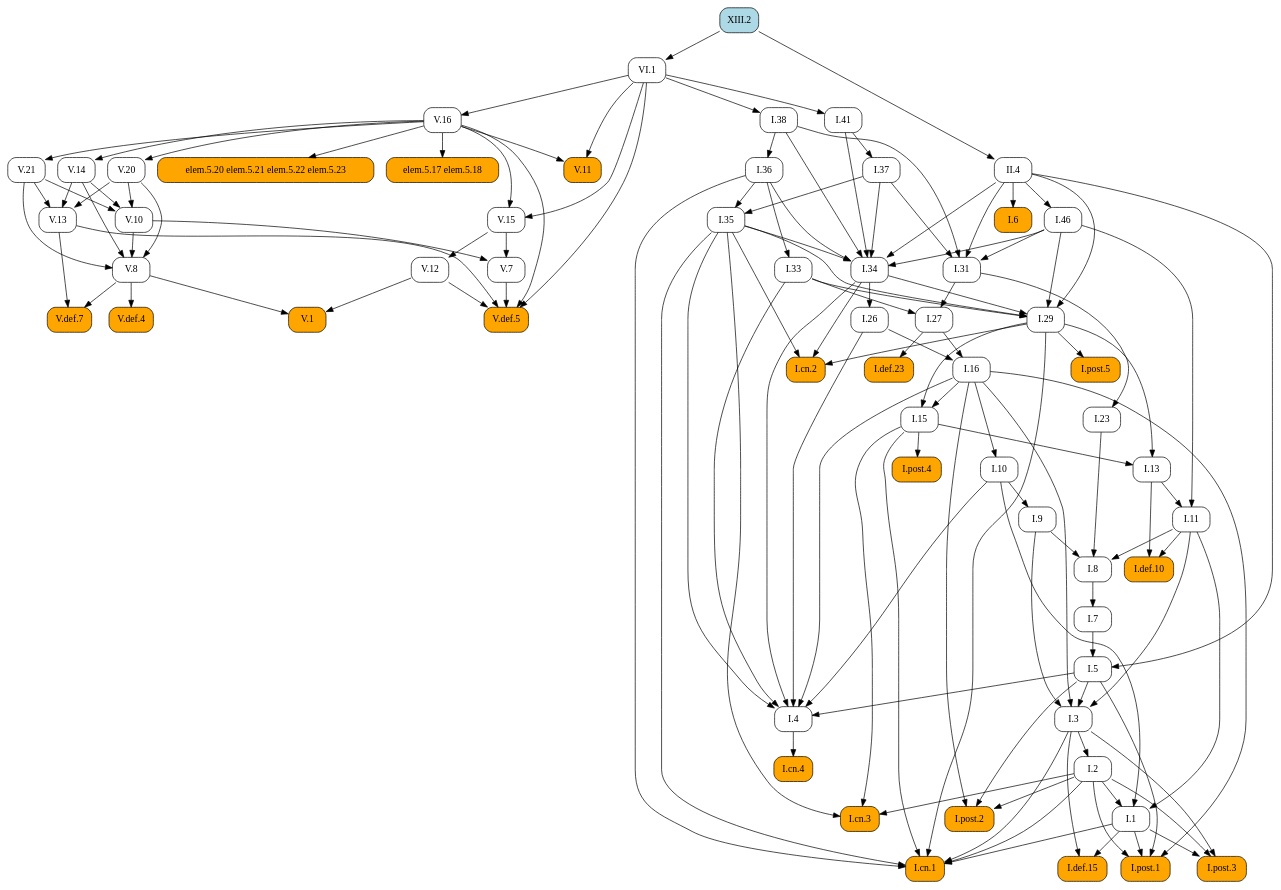
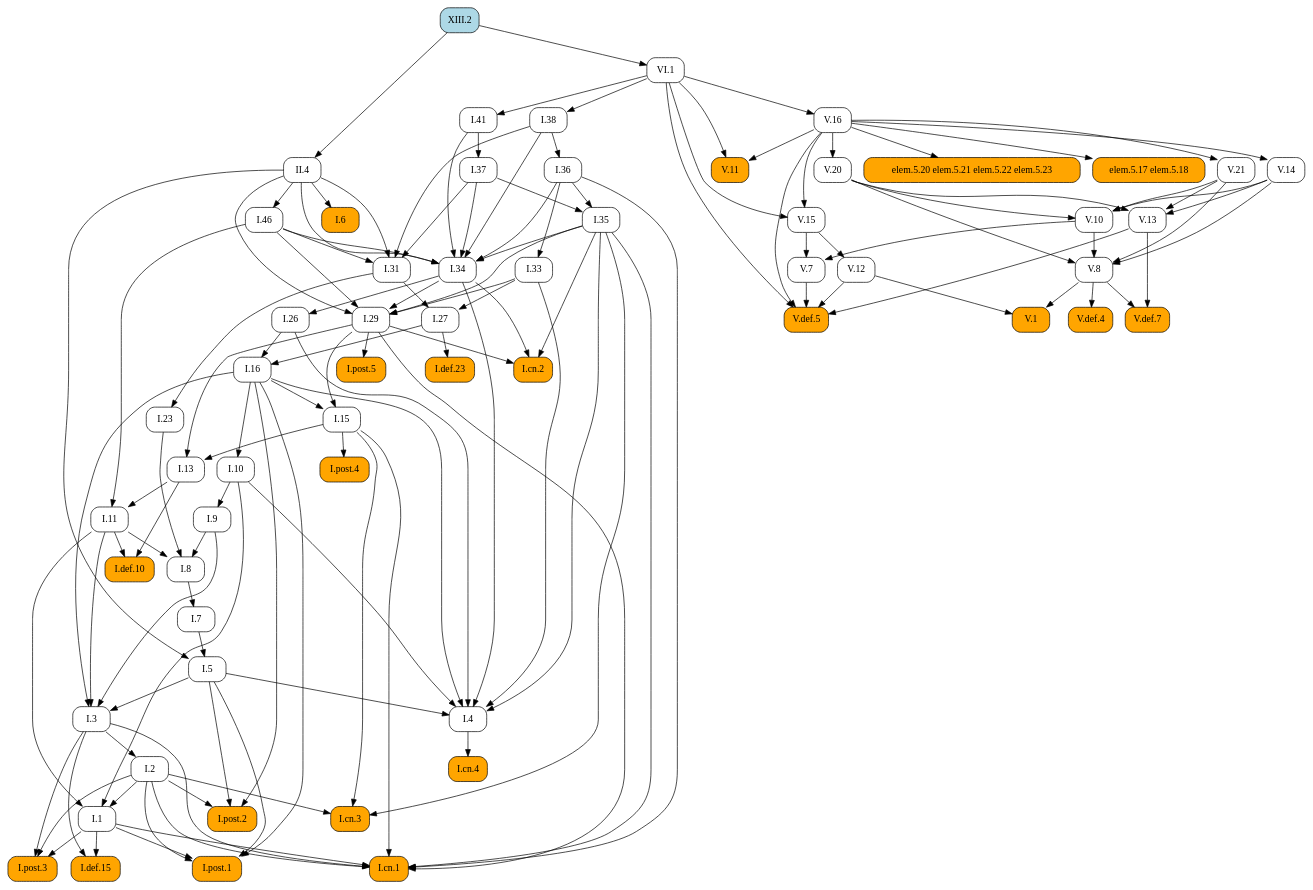
The diagram in docsrc/heath/XIII/2/index.rst (geometor/elements), drawn with Graphviz before and after one commit. The commit also changed other lines of this file and 484 other files, not shown here.

```diff
--- a/docsrc/heath/XIII/2/index.rst
+++ b/docsrc/heath/XIII/2/index.rst
@@ -69,106 +68,121 @@
    digraph {
      rankdir="TB";
      node [shape=box, style=rounded];
-     "I.def.10" [style="rounded,filled", fillcolor=orange, URL="/heath/I/def.10/", target="_top"];
-     "I.11" [URL="/heath/I/11/", target="_top"];
-     "I.post.4" [style="rounded,filled", fillcolor=orange, URL="/heath/I/post.4/", target="_top"];
-     "I.1" [URL="/heath/I/1/", target="_top"];
-     "I.26" [URL="/heath/I/26/", target="_top"];
-     "V.14" [URL="/heath/V/14/", target="_top"];
-     "I.29" [URL="/heath/I/29/", target="_top"];
-     "V.def.5" [style="rounded,filled", fillcolor=orange, URL="/heath/V/def.5/", target="_top"];
-     "V.12" [URL="/heath/V/12/", target="_top"];
-     "I.cn.2" [style="rounded,filled", fillcolor=orange, URL="/heath/I/cn.2/", target="_top"];
-     "V.20" [URL="/heath/V/20/", target="_top"];
-     "V.10" [URL="/heath/V/10/", target="_top"];
-     "V.11" [style="rounded,filled", fillcolor=orange, URL="/heath/V/11/", target="_top"];
-     "V.13" [URL="/heath/V/13/", target="_top"];
-     "XIII.2" [style="rounded,filled", fillcolor=lightblue, URL="/heath/XIII/2/", target="_top"];
-     "I.def.15" [style="rounded,filled", fillcolor=orange, URL="/heath/I/def.15/", target="_top"];
-     "V.15" [URL="/heath/V/15/", target="_top"];
-     "VI.1" [URL="/heath/VI/1/", target="_top"];
-     "I.post.3" [style="rounded,filled", fillcolor=orange, URL="/heath/I/post.3/", target="_top"];
-     "I.cn.1" [style="rounded,filled", fillcolor=orange, URL="/heath/I/cn.1/", target="_top"];
-     "I.cn.3" [style="rounded,filled", fillcolor=orange, URL="/heath/I/cn.3/", target="_top"];
-     "V.7" [URL="/heath/V/7/", target="_top"];
      "V.16" [URL="/heath/V/16/", target="_top"];
      "I.23" [URL="/heath/I/23/", target="_top"];
+     "I.9" [URL="/heath/I/9/", target="_top"];
+     "I.33" [URL="/heath/I/33/", target="_top"];
+     "I.def.15" [style="rounded,filled", fillcolor=orange, URL="/heath/I/def.15/", target="_top"];
+     "V.13" [URL="/heath/V/13/", target="_top"];
+     "V.7" [URL="/heath/V/7/", target="_top"];
+     "elem.5.17 elem.5.18" [style="rounded,filled", fillcolor=orange];
+     "I.post.3" [style="rounded,filled", fillcolor=orange, URL="/heath/I/post.3/", target="_top"];
      "I.post.1" [style="rounded,filled", fillcolor=orange, URL="/heath/I/post.1/", target="_top"];
+     "V.14" [URL="/heath/V/14/", target="_top"];
+     "V.def.5" [style="rounded,filled", fillcolor=orange, URL="/heath/V/def.5/", target="_top"];
+     "I.31" [URL="/heath/I/31/", target="_top"];
+     "I.def.10" [style="rounded,filled", fillcolor=orange, URL="/heath/I/def.10/", target="_top"];
+     "V.10" [URL="/heath/V/10/", target="_top"];
+     "VI.1" [URL="/heath/VI/1/", target="_top"];
+     "I.27" [URL="/heath/I/27/", target="_top"];
+     "V.20" [URL="/heath/V/20/", target="_top"];
+     "V.11" [style="rounded,filled", fillcolor=orange, URL="/heath/V/11/", target="_top"];
+     "II.4" [URL="/heath/II/4/", target="_top"];
+     "I.34" [URL="/heath/I/34/", target="_top"];
+     "V.12" [URL="/heath/V/12/", target="_top"];
+     "I.3" [URL="/heath/I/3/", target="_top"];
+     "V.def.4" [style="rounded,filled", fillcolor=orange, URL="/heath/V/def.4/", target="_top"];
      "I.35" [URL="/heath/I/35/", target="_top"];
+     "I.cn.1" [style="rounded,filled", fillcolor=orange, URL="/heath/I/cn.1/", target="_top"];
+     "I.7" [URL="/heath/I/7/", target="_top"];
+     "V.def.7" [style="rounded,filled", fillcolor=orange, URL="/heath/V/def.7/", target="_top"];
+     "V.21" [URL="/heath/V/21/", target="_top"];
+     "I.2" [URL="/heath/I/2/", target="_top"];
+     "I.36" [URL="/heath/I/36/", target="_top"];
+     "XIII.2" [style="rounded,filled", fillcolor=lightblue, URL="/heath/XIII/2/", target="_top"];
+     "I.13" [URL="/heath/I/13/", target="_top"];
+     "I.post.4" [style="rounded,filled", fillcolor=orange, URL="/heath/I/post.4/", target="_top"];
+     "I.4" [URL="/heath/I/4/", target="_top"];
+     "I.1" [URL="/heath/I/1/", target="_top"];
+     "I.5" [URL="/heath/I/5/", target="_top"];
+     "I.37" [URL="/heath/I/37/", target="_top"];
+     "I.8" [URL="/heath/I/8/", target="_top"];
+     "I.29" [URL="/heath/I/29/", target="_top"];
+     "I.cn.3" [style="rounded,filled", fillcolor=orange, URL="/heath/I/cn.3/", target="_top"];
+     "I.16" [URL="/heath/I/16/", target="_top"];
+     "I.38" [URL="/heath/I/38/", target="_top"];
+     "V.8" [URL="/heath/V/8/", target="_top"];
+     "I.15" [URL="/heath/I/15/", target="_top"];
+     "V.1" [style="rounded,filled", fillcolor=orange, URL="/heath/V/1/", target="_top"];
+     "I.11" [URL="/heath/I/11/", target="_top"];
+     "I.def.23" [style="rounded,filled", fillcolor=orange, URL="/heath/I/def.23/", target="_top"];
+     "I.10" [URL="/heath/I/10/", target="_top"];
+     "I.cn.2" [style="rounded,filled", fillcolor=orange, URL="/heath/I/cn.2/", target="_top"];
+     "I.post.5" [style="rounded,filled", fillcolor=orange, URL="/heath/I/post.5/", target="_top"];
+     "I.cn.4" [style="rounded,filled", fillcolor=orange, URL="/heath/I/cn.4/", target="_top"];
      "I.41" [URL="/heath/I/41/", target="_top"];
-     "I.27" [URL="/heath/I/27/", target="_top"];
+     "V.15" [URL="/heath/V/15/", target="_top"];
+     "I.post.2" [style="rounded,filled", fillcolor=orange, URL="/heath/I/post.2/", target="_top"];
      "I.46" [URL="/heath/I/46/", target="_top"];
-     "I.36" [URL="/heath/I/36/", target="_top"];
-     "I.37" [URL="/heath/I/37/", target="_top"];
-     "I.34" [URL="/heath/I/34/", target="_top"];
+     "I.26" [URL="/heath/I/26/", target="_top"];
      "I.6" [style="rounded,filled", fillcolor=orange, URL="/heath/I/6/", target="_top"];
-     "I.3" [URL="/heath/I/3/", target="_top"];
-     "V.8" [URL="/heath/V/8/", target="_top"];
-     "I.7" [URL="/heath/I/7/", target="_top"];
-     "I.2" [URL="/heath/I/2/", target="_top"];
-     "I.4" [URL="/heath/I/4/", target="_top"];
-     "I.def.23" [style="rounded,filled", fillcolor=orange, URL="/heath/I/def.23/", target="_top"];
-     "I.13" [URL="/heath/I/13/", target="_top"];
-     "I.33" [URL="/heath/I/33/", target="_top"];
-     "II.4" [URL="/heath/II/4/", target="_top"];
-     "I.31" [URL="/heath/I/31/", target="_top"];
-     "I.post.2" [style="rounded,filled", fillcolor=orange, URL="/heath/I/post.2/", target="_top"];
-     "V.1" [style="rounded,filled", fillcolor=orange, URL="/heath/V/1/", target="_top"];
-     "I.16" [URL="/heath/I/16/", target="_top"];
      "elem.5.20 elem.5.21 elem.5.22 elem.5.23" [style="rounded,filled", fillcolor=orange];
-     "elem.5.17 elem.5.18" [style="rounded,filled", fillcolor=orange];
-     "I.9" [URL="/heath/I/9/", target="_top"];
-     "I.8" [URL="/heath/I/8/", target="_top"];
-     "I.cn.4" [style="rounded,filled", fillcolor=orange, URL="/heath/I/cn.4/", target="_top"];
-     "V.def.4" [style="rounded,filled", fillcolor=orange, URL="/heath/V/def.4/", target="_top"];
-     "I.15" [URL="/heath/I/15/", target="_top"];
-     "I.post.5" [style="rounded,filled", fillcolor=orange, URL="/heath/I/post.5/", target="_top"];
-     "I.38" [URL="/heath/I/38/", target="_top"];
-     "V.def.7" [style="rounded,filled", fillcolor=orange, URL="/heath/V/def.7/", target="_top"];
-     "I.10" [URL="/heath/I/10/", target="_top"];
-     "I.5" [URL="/heath/I/5/", target="_top"];
-     "V.21" [URL="/heath/V/21/", target="_top"];
-     "I.11" -> "I.def.10";
-     "I.13" -> "I.def.10";
-     "I.13" -> "I.11";
-     "I.46" -> "I.11";
-     "I.15" -> "I.post.4";
-     "I.2" -> "I.1";
-     "I.10" -> "I.1";
-     "I.11" -> "I.1";
-     "I.34" -> "I.26";
+     "VI.1" -> "V.16";
+     "I.31" -> "I.23";
+     "I.10" -> "I.9";
+     "I.36" -> "I.33";
+     "I.1" -> "I.def.15";
+     "I.3" -> "I.def.15";
+     "V.14" -> "V.13";
+     "V.20" -> "V.13";
+     "V.21" -> "V.13";
+     "V.10" -> "V.7";
+     "V.15" -> "V.7";
+     "V.16" -> "elem.5.17 elem.5.18";
+     "I.1" -> "I.post.3";
+     "I.2" -> "I.post.3";
+     "I.3" -> "I.post.3";
+     "I.1" -> "I.post.1";
+     "I.2" -> "I.post.1";
+     "I.5" -> "I.post.1";
+     "I.16" -> "I.post.1";
      "V.16" -> "V.14";
-     "I.33" -> "I.29";
-     "I.34" -> "I.29";
-     "I.35" -> "I.29";
-     "I.46" -> "I.29";
-     "II.4" -> "I.29";
      "V.7" -> "V.def.5";
      "V.12" -> "V.def.5";
      "V.13" -> "V.def.5";
      "V.16" -> "V.def.5";
      "VI.1" -> "V.def.5";
-     "V.15" -> "V.12";
-     "I.29" -> "I.cn.2";
-     "I.34" -> "I.cn.2";
-     "I.35" -> "I.cn.2";
-     "V.16" -> "V.20";
+     "I.37" -> "I.31";
+     "I.38" -> "I.31";
+     "I.46" -> "I.31";
+     "II.4" -> "I.31";
+     "I.11" -> "I.def.10";
+     "I.13" -> "I.def.10";
      "V.14" -> "V.10";
      "V.20" -> "V.10";
      "V.21" -> "V.10";
+     "XIII.2" -> "VI.1";
+     "I.31" -> "I.27";
+     "I.33" -> "I.27";
+     "V.16" -> "V.20";
      "V.16" -> "V.11";
      "VI.1" -> "V.11";
-     "V.14" -> "V.13";
-     "V.20" -> "V.13";
-     "V.21" -> "V.13";
-     "I.1" -> "I.def.15";
-     "I.3" -> "I.def.15";
-     "V.16" -> "V.15";
-     "VI.1" -> "V.15";
-     "XIII.2" -> "VI.1";
-     "I.1" -> "I.post.3";
-     "I.2" -> "I.post.3";
-     "I.3" -> "I.post.3";
+     "XIII.2" -> "II.4";
+     "I.35" -> "I.34";
+     "I.36" -> "I.34";
+     "I.37" -> "I.34";
+     "I.38" -> "I.34";
+     "I.41" -> "I.34";
+     "I.46" -> "I.34";
+     "II.4" -> "I.34";
+     "V.15" -> "V.12";
+     "I.5" -> "I.3";
+     "I.9" -> "I.3";
+     "I.11" -> "I.3";
+     "I.16" -> "I.3";
+     "V.8" -> "V.def.4";
+     "I.36" -> "I.35";
+     "I.37" -> "I.35";
      "I.1" -> "I.cn.1";
      "I.2" -> "I.cn.1";
      "I.3" -> "I.cn.1";
@@ -176,43 +190,15 @@
      "I.29" -> "I.cn.1";
      "I.35" -> "I.cn.1";
      "I.36" -> "I.cn.1";
-     "I.2" -> "I.cn.3";
-     "I.15" -> "I.cn.3";
-     "I.35" -> "I.cn.3";
-     "V.10" -> "V.7";
-     "V.15" -> "V.7";
-     "VI.1" -> "V.16";
-     "I.31" -> "I.23";
-     "I.1" -> "I.post.1";
-     "I.2" -> "I.post.1";
-     "I.5" -> "I.post.1";
-     "I.16" -> "I.post.1";
-     "I.36" -> "I.35";
-     "I.37" -> "I.35";
-     "VI.1" -> "I.41";
-     "I.31" -> "I.27";
-     "I.33" -> "I.27";
-     "II.4" -> "I.46";
+     "I.8" -> "I.7";
+     "V.8" -> "V.def.7";
+     "V.13" -> "V.def.7";
+     "V.16" -> "V.21";
+     "I.3" -> "I.2";
      "I.38" -> "I.36";
-     "I.41" -> "I.37";
-     "I.35" -> "I.34";
-     "I.36" -> "I.34";
-     "I.37" -> "I.34";
-     "I.38" -> "I.34";
-     "I.41" -> "I.34";
-     "I.46" -> "I.34";
-     "II.4" -> "I.34";
-     "II.4" -> "I.6";
-     "I.5" -> "I.3";
-     "I.9" -> "I.3";
-     "I.11" -> "I.3";
-     "I.16" -> "I.3";
-     "V.10" -> "V.8";
-     "V.14" -> "V.8";
-     "V.20" -> "V.8";
-     "V.21" -> "V.8";
-     "I.8" -> "I.7";
-     "I.3" -> "I.2";
+     "I.15" -> "I.13";
+     "I.29" -> "I.13";
+     "I.15" -> "I.post.4";
      "I.5" -> "I.4";
      "I.10" -> "I.4";
      "I.16" -> "I.4";
@@ -220,38 +206,51 @@
      "I.33" -> "I.4";
      "I.34" -> "I.4";
      "I.35" -> "I.4";
+     "I.2" -> "I.1";
+     "I.10" -> "I.1";
+     "I.11" -> "I.1";
+     "I.7" -> "I.5";
+     "II.4" -> "I.5";
+     "I.41" -> "I.37";
+     "I.9" -> "I.8";
+     "I.11" -> "I.8";
+     "I.23" -> "I.8";
+     "I.33" -> "I.29";
+     "I.34" -> "I.29";
+     "I.35" -> "I.29";
+     "I.46" -> "I.29";
+     "II.4" -> "I.29";
+     "I.2" -> "I.cn.3";
+     "I.15" -> "I.cn.3";
+     "I.35" -> "I.cn.3";
+     "I.26" -> "I.16";
+     "I.27" -> "I.16";
+     "VI.1" -> "I.38";
+     "V.10" -> "V.8";
+     "V.14" -> "V.8";
+     "V.20" -> "V.8";
+     "V.21" -> "V.8";
+     "I.16" -> "I.15";
+     "I.29" -> "I.15";
+     "V.8" -> "V.1";
+     "V.12" -> "V.1";
+     "I.13" -> "I.11";
+     "I.46" -> "I.11";
      "I.27" -> "I.def.23";
-     "I.15" -> "I.13";
-     "I.29" -> "I.13";
-     "I.36" -> "I.33";
-     "XIII.2" -> "II.4";
-     "I.37" -> "I.31";
-     "I.38" -> "I.31";
-     "I.46" -> "I.31";
-     "II.4" -> "I.31";
+     "I.16" -> "I.10";
+     "I.29" -> "I.cn.2";
+     "I.34" -> "I.cn.2";
+     "I.35" -> "I.cn.2";
+     "I.29" -> "I.post.5";
+     "I.4" -> "I.cn.4";
+     "VI.1" -> "I.41";
+     "V.16" -> "V.15";
+     "VI.1" -> "V.15";
      "I.2" -> "I.post.2";
      "I.5" -> "I.post.2";
      "I.16" -> "I.post.2";
-     "V.8" -> "V.1";
-     "V.12" -> "V.1";
-     "I.26" -> "I.16";
-     "I.27" -> "I.16";
+     "II.4" -> "I.46";
+     "I.34" -> "I.26";
+     "II.4" -> "I.6";
      "V.16" -> "elem.5.20 elem.5.21 elem.5.22 elem.5.23";
-     "V.16" -> "elem.5.17 elem.5.18";
-     "I.10" -> "I.9";
-     "I.9" -> "I.8";
-     "I.11" -> "I.8";
-     "I.23" -> "I.8";
-     "I.4" -> "I.cn.4";
-     "V.8" -> "V.def.4";
-     "I.16" -> "I.15";
-     "I.29" -> "I.15";
-     "I.29" -> "I.post.5";
-     "VI.1" -> "I.38";
-     "V.8" -> "V.def.7";
-     "V.13" -> "V.def.7";
-     "I.16" -> "I.10";
-     "I.7" -> "I.5";
-     "II.4" -> "I.5";
-     "V.16" -> "V.21";
    }
```
